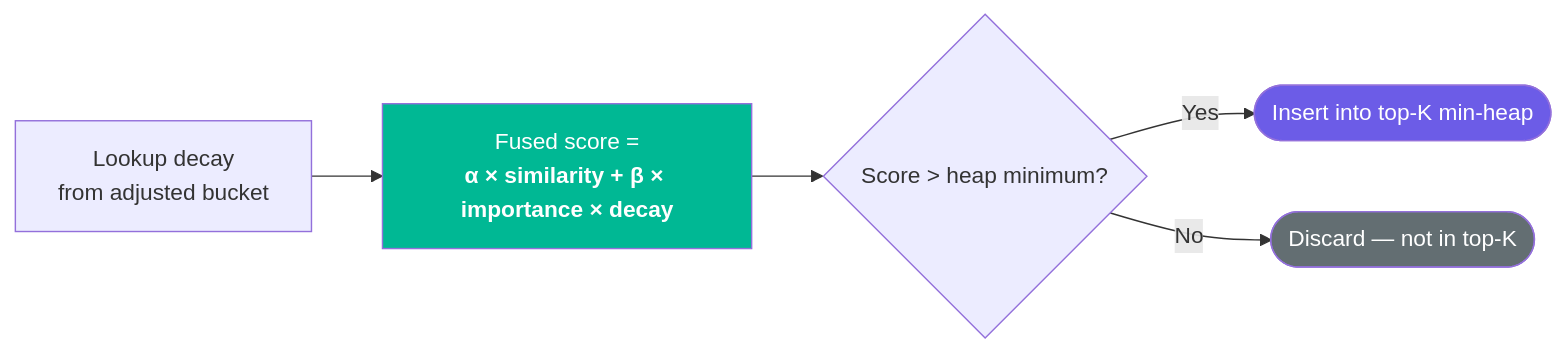
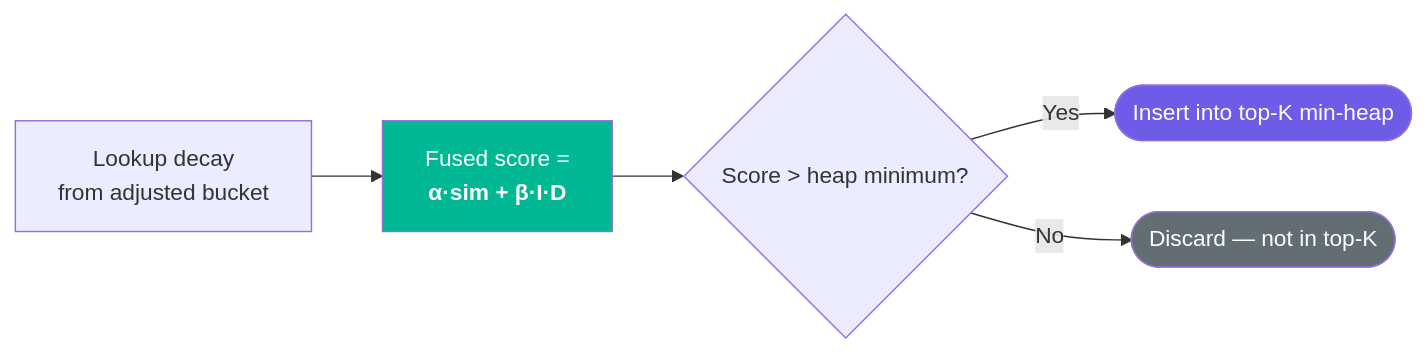
Before and after one commit to spectrayan/spector: the seventh of 10 diagrams in docs/memory/scoring-pipeline.md, drawn with Mermaid. The commit also changed other lines of this file and 50 other files, not shown here.

````diff
--- a/docs/memory/scoring-pipeline.md
+++ b/docs/memory/scoring-pipeline.md
@@ -260,11 +260,11 @@
 ```mermaid
 flowchart LR
-    DECAY["Lookup decay<br/>from adjusted bucket"] --> FUSE["Fused score =<br/><b>α × similarity + β × importance × decay</b>"]
+    DECAY["Lookup decay<br/>from adjusted bucket"] --> FUSE["Fused score =<br/><b>α·sim + β·I·D</b>"]
     FUSE --> HEAP{"Score > heap minimum?"}
     HEAP -->|"Yes"| INSERT(["Insert into top-K min-heap"])
     HEAP -->|"No"| DROP(["Discard — not in top-K"])
 
     style FUSE fill:#00b894,color:white
     style INSERT fill:#6c5ce7,color:white
     style DROP fill:#636e72,color:white
 ```
````
